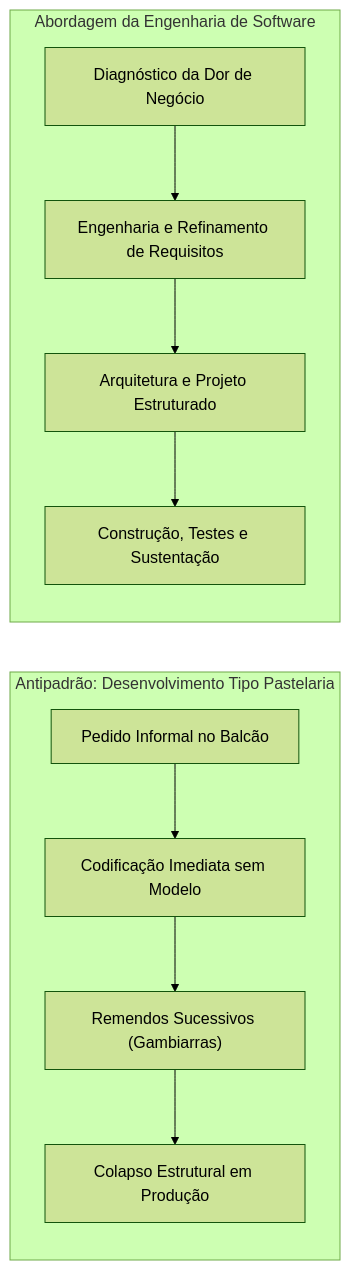
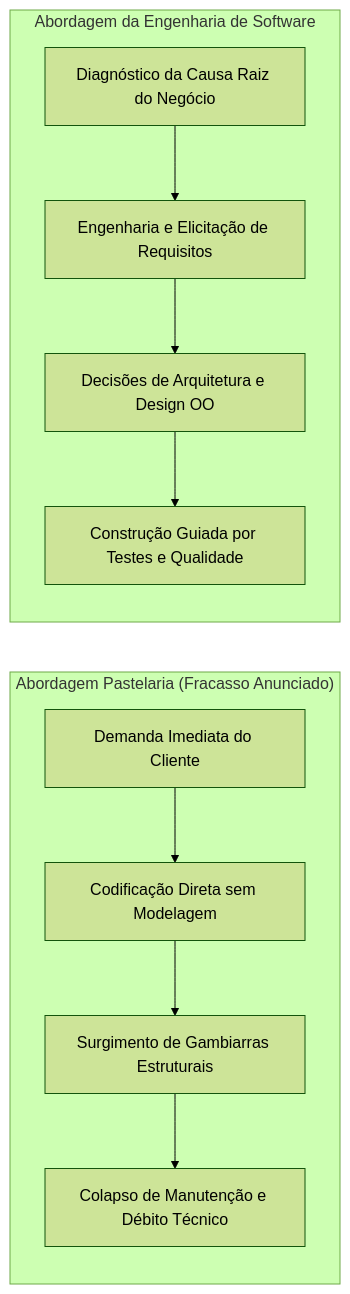
The second of 30 diagrams in 4º Semestre/[Prof. Wesley Soares] Engenharia de Software II/Resumos-IA/Caderno-Consolidado.md (murilolol/unifef), drawn with Mermaid (forest theme) before and after one commit. The commit also changed other lines of this file and 58 other files, not shown here.

````diff
--- a/4º Semestre/[Prof. Wesley Soares] Engenharia de Software II/Resumos-IA/Caderno-Consolidado.md
+++ b/4º Semestre/[Prof. Wesley Soares] Engenharia de Software II/Resumos-IA/Caderno-Consolidado.md
@@ -172,16 +152,16 @@
 ```mermaid
 flowchart LR
-  subgraph Pastelaria["Antipadrão: Desenvolvimento Tipo Pastelaria"]
+  subgraph Antipadrão["Abordagem Pastelaria (Fracasso Anunciado)"]
     direction TB
-    P1["Pedido Informal no Balcão"] --> P2["Codificação Imediata sem Modelo"]
-    P2 --> P3["Remendos Sucessivos (Gambiarras)"]
-    P3 --> P4["Colapso Estrutural em Produção"]
+    P1["Demanda Imediata do Cliente"] --> P2["Codificação Direta sem Modelagem"]
+    P2 --> P3["Surgimento de Gambiarras Estruturais"]
+    P3 --> P4["Colapso de Manutenção e Débito Técnico"]
   end
 
   subgraph Engenharia["Abordagem da Engenharia de Software"]
     direction TB
-    E1["Diagnóstico da Dor de Negócio"] --> E2["Engenharia e Refinamento de Requisitos"]
-    E2 --> E3["Arquitetura e Projeto Estruturado"]
-    E3 --> E4["Construção, Testes e Sustentação"]
+    E1["Diagnóstico da Causa Raiz do Negócio"] --> E2["Engenharia e Elicitação de Requisitos"]
+    E2 --> E3["Decisões de Arquitetura e Design OO"]
+    E3 --> E4["Construção Guiada por Testes e Qualidade"]
   end
 ```
````
